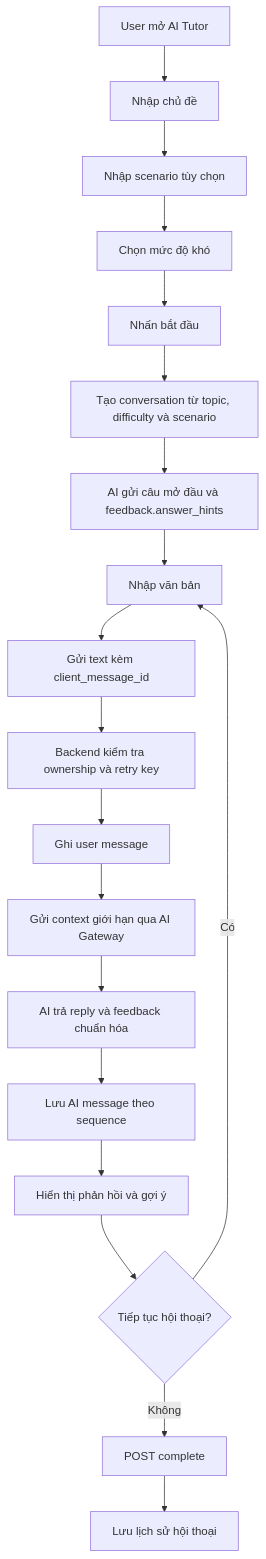
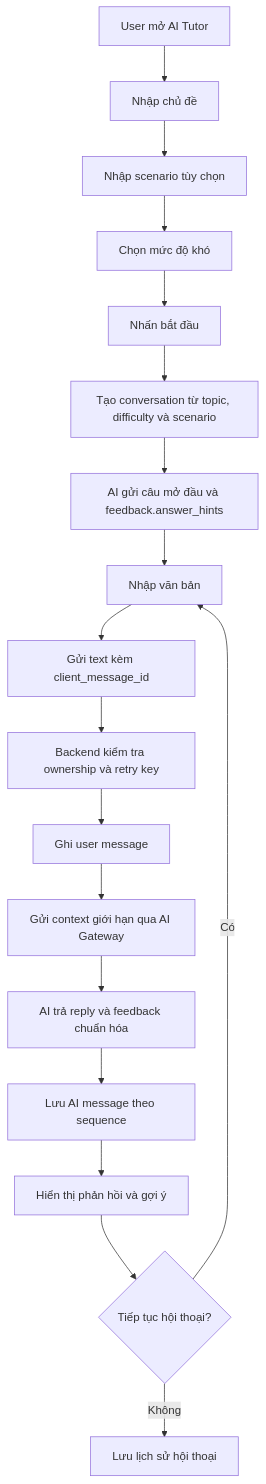
Before and after one commit to mrthinh307/kaiwa-up: the ninth of 14 diagrams in docs/03-user-flow.md, drawn with Mermaid. The commit also changed 4 other files, not shown here.

````diff
--- a/docs/03-user-flow.md
+++ b/docs/03-user-flow.md
@@ -347,21 +347,20 @@
 ```mermaid
 flowchart TD
     A[User mở AI Tutor] --> B[Nhập chủ đề]
     B --> C[Nhập scenario tùy chọn]
     C --> D[Chọn mức độ khó]
     D --> E[Nhấn bắt đầu]
     E --> F[Tạo conversation từ topic, difficulty và scenario]
     F --> G[AI gửi câu mở đầu và feedback.answer_hints]
     G --> H[Nhập văn bản]
     H --> I[Gửi text kèm client_message_id]
     I --> J[Backend kiểm tra ownership và retry key]
     J --> K[Ghi user message]
     K --> L[Gửi context giới hạn qua AI Gateway]
     L --> M[AI trả reply và feedback chuẩn hóa]
     M --> N[Lưu AI message theo sequence]
     N --> O[Hiển thị phản hồi và gợi ý]
     O --> P{Tiếp tục hội thoại?}
     P -- Có --> H
-    P -- Không --> Q[POST complete]
-    Q --> R[Lưu lịch sử hội thoại]
+    P -- Không --> R[Lưu lịch sử hội thoại]
 ```
````
